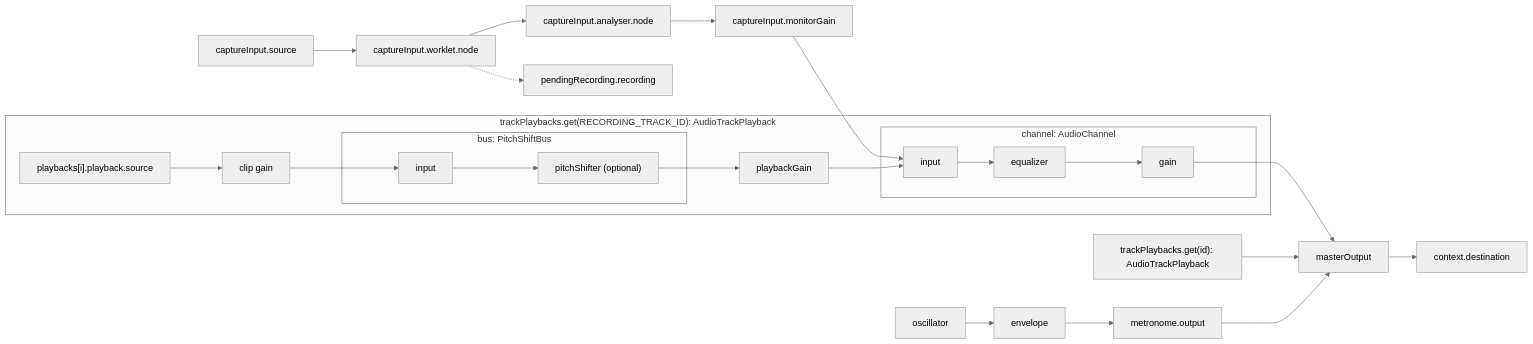
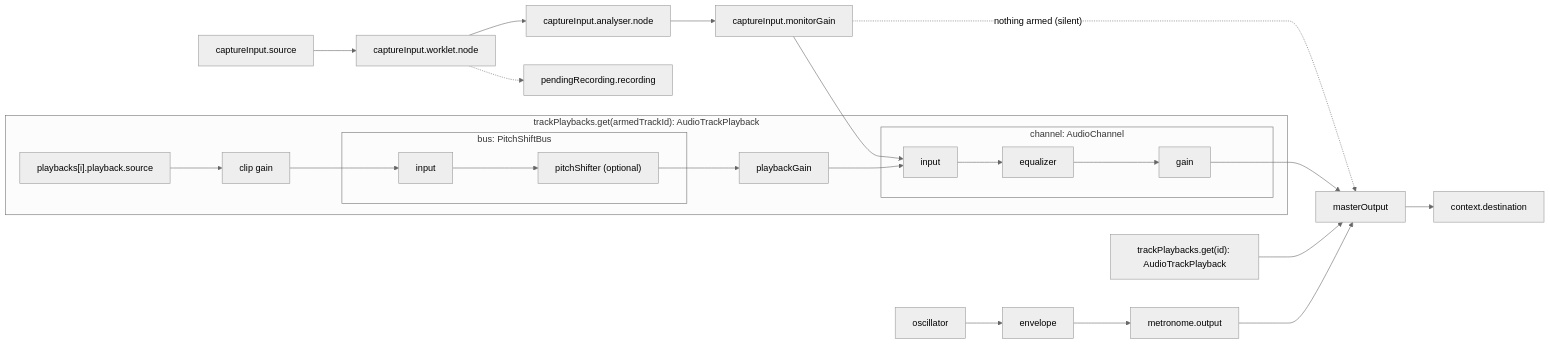
The diagram in src/lib/recorder/README.md (hi-ogawa/toy-midi), drawn with Mermaid (neutral theme) before and after one commit. The commit also changed 11 other files, not shown here.

Commit message:
refactor: record and monitor through the armed track (#696)

````diff
--- a/src/lib/recorder/README.md
+++ b/src/lib/recorder/README.md
@@ -5,29 +5,30 @@
 ```mermaid
 flowchart LR
     captureSource["captureInput.source"] --> captureWorklet["captureInput.worklet.node"]
     captureWorklet -.-> recording["pendingRecording.recording"]
     captureWorklet --> analyser["captureInput.analyser.node"]
     analyser --> monitorGain["captureInput.monitorGain"]
     monitorGain --> captureInput
+    monitorGain -. "nothing armed (silent)" .-> masterOutput
 
-    subgraph captureTrack["trackPlaybacks.get(RECORDING_TRACK_ID): AudioTrackPlayback"]
+    subgraph captureTrack["trackPlaybacks.get(armedTrackId): AudioTrackPlayback"]
         takeSource["playbacks[i].playback.source"] --> clipGain["clip gain"]
         clipGain --> takeBusInput
         subgraph takePitchShiftBus["bus: PitchShiftBus"]
             takeBusInput["input"] --> takePitchShifter["pitchShifter (optional)"]
         end
         takePitchShifter --> takePlaybackGain["playbackGain"]
         takePlaybackGain --> captureInput
         subgraph captureChannel["channel: AudioChannel"]
             captureInput["input"] --> captureEqualizer["equalizer"]
             captureEqualizer --> captureGain["gain"]
         end
     end
 
     captureGain --> masterOutput["masterOutput"]
     audioTrack["trackPlaybacks.get(id): AudioTrackPlayback"] --> masterOutput
     oscillator["oscillator"] --> envelope["envelope"]
     envelope --> metronomeOutput["metronome.output"]
     metronomeOutput --> masterOutput
     masterOutput --> destination["context.destination"]
 ```
````
